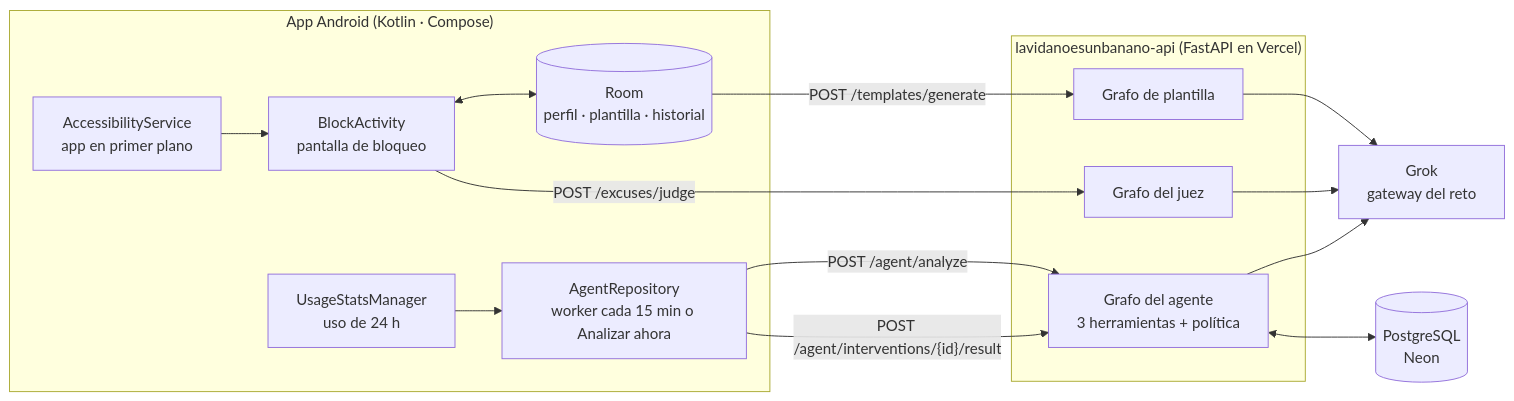
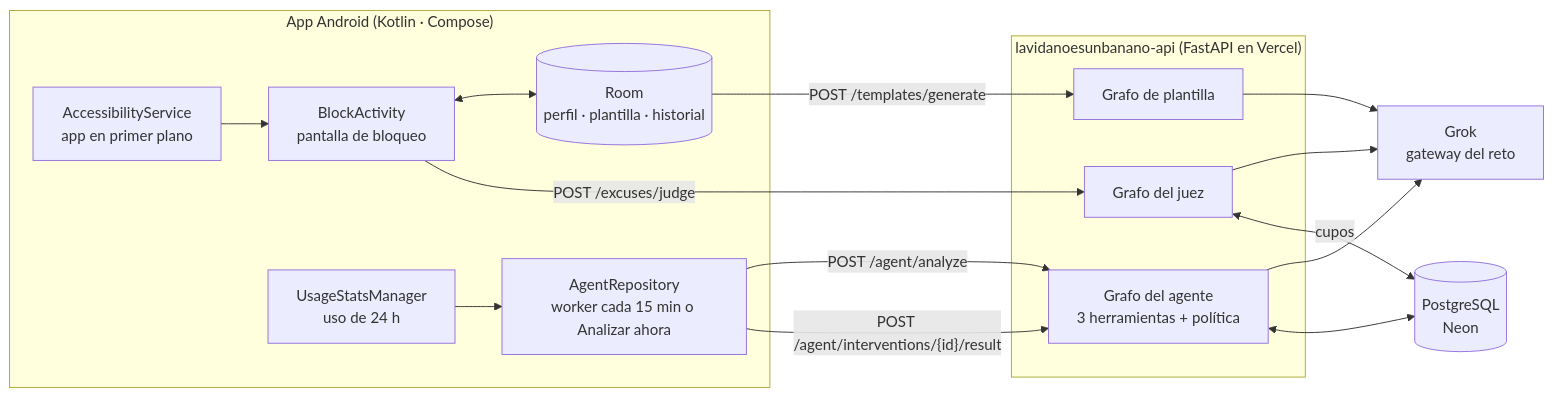
One commit to sergioRepository/ProyectoPlatica changed the diagram in README.md. Above: the diagram before and after it, drawn with Mermaid. The commit also changed other lines of this file and 2 other files, not shown here.

````diff
--- a/README.md
+++ b/README.md
@@ -63,31 +66,32 @@
 ```mermaid
 flowchart LR
   subgraph Android["App Android (Kotlin · Compose)"]
     A11y["AccessibilityService<br/>app en primer plano"]
     Block["BlockActivity<br/>pantalla de bloqueo"]
     Room[("Room<br/>perfil · plantilla · historial")]
     Usage["UsageStatsManager<br/>uso de 24 h"]
     Worker["AgentRepository<br/>worker cada 15 min o Analizar ahora"]
   end
 
   subgraph API["lavidanoesunbanano-api (FastAPI en Vercel)"]
     TG["Grafo de plantilla"]
     JG["Grafo del juez"]
     AG["Grafo del agente<br/>3 herramientas + política"]
   end
 
   Grok["Grok<br/>gateway del reto"]
   PG[("PostgreSQL<br/>Neon")]
 
   A11y --> Block
   Block <--> Room
   Room -->|"POST /templates/generate"| TG
   Block -->|"POST /excuses/judge"| JG
   Usage --> Worker
   Worker -->|"POST /agent/analyze"| AG
   Worker -->|"POST /agent/interventions/{id}/result"| AG
   TG --> Grok
   JG --> Grok
   AG --> Grok
   AG <--> PG
+  JG <-->|"cupos"| PG
 ```
````
